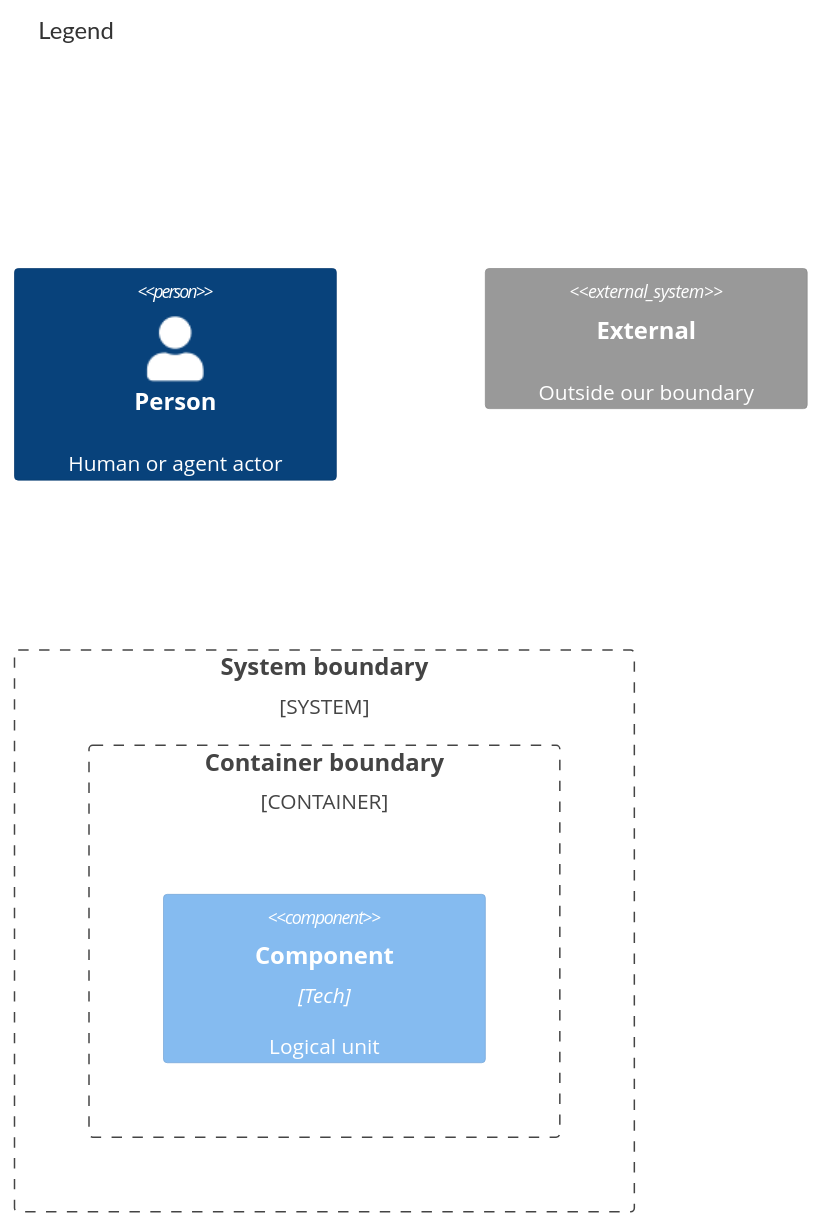
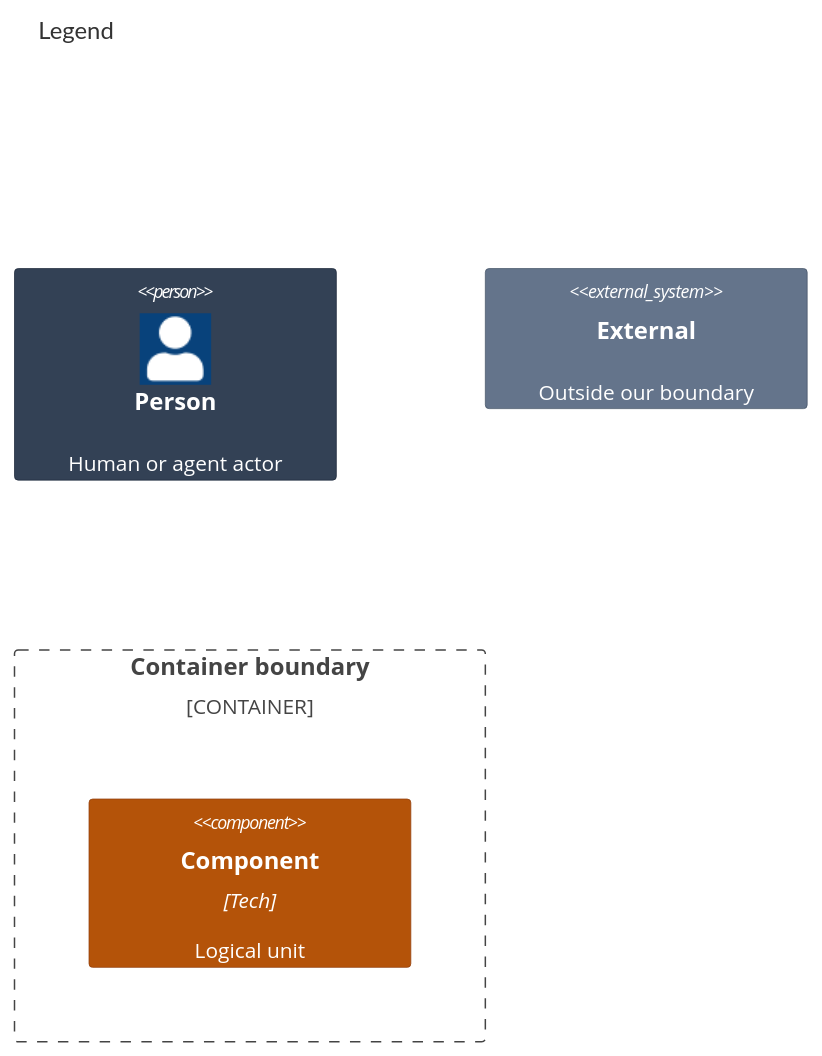
The second of 2 diagrams in docs/architecture/03-components.md (may-journal/fitness-runner), drawn with Mermaid before and after one commit. The commit also changed other lines of this file and 27 other files, not shown here.

First line of the commit message:
feat(doc-template): give each architecture view its level's form and palette (#608)

````diff
--- a/docs/architecture/03-components.md
+++ b/docs/architecture/03-components.md
@@ -56,12 +61,14 @@
 ```mermaid
 C4Component
     title Legend
 
     Person(p, "Person", "Human or agent actor")
-    System_Boundary(b, "System boundary") {
-        Container_Boundary(cb, "Container boundary") {
-            Component(c, "Component", "Tech", "Logical unit")
-        }
+    Container_Boundary(cb, "Container boundary") {
+        Component(c, "Component", "Tech", "Logical unit")
     }
     System_Ext(e, "External", "Outside our boundary")
+
+    UpdateElementStyle(p, $bgColor="#334155", $borderColor="#1e293b", $fontColor="#ffffff")
+    UpdateElementStyle(c, $bgColor="#b45309", $borderColor="#92400e", $fontColor="#ffffff")
+    UpdateElementStyle(e, $bgColor="#64748b", $borderColor="#475569", $fontColor="#ffffff")
 ```
````
